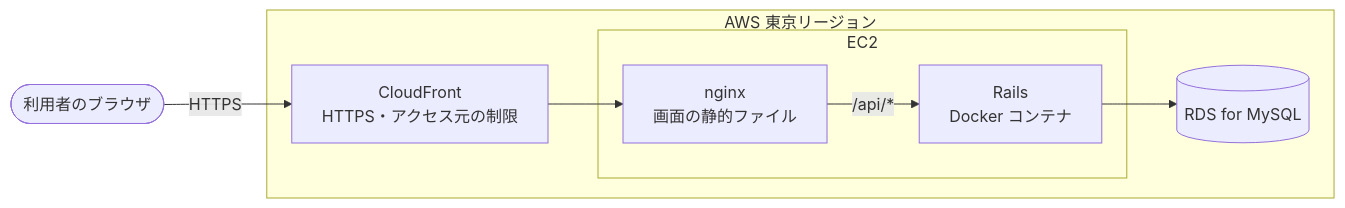
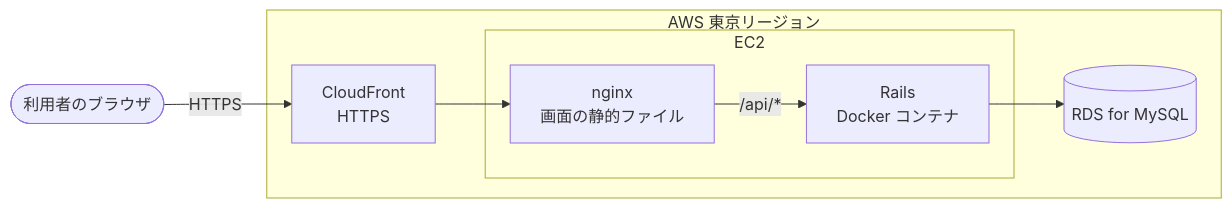
The diagram in docs/tech-stack.md (KeiT0773/InquiryManagement), drawn with Mermaid before and after one commit. The commit also changed other lines of this file and 16 other files, not shown here.

````diff
--- a/docs/tech-stack.md
+++ b/docs/tech-stack.md
@@ -162,16 +163,16 @@
 ```mermaid
 flowchart LR
     B([利用者のブラウザ])
     subgraph AWS[AWS 東京リージョン]
-        CF[CloudFront<br>HTTPS・アクセス元の制限]
+        CF[CloudFront<br>HTTPS]
         subgraph EC2[EC2]
             NG[nginx<br>画面の静的ファイル]
             RA[Rails<br>Docker コンテナ]
         end
         RDS[(RDS for MySQL)]
     end
     B -- "HTTPS" --> CF
     CF --> NG
     NG -- "/api/*" --> RA
     RA --> RDS
 ```
````
